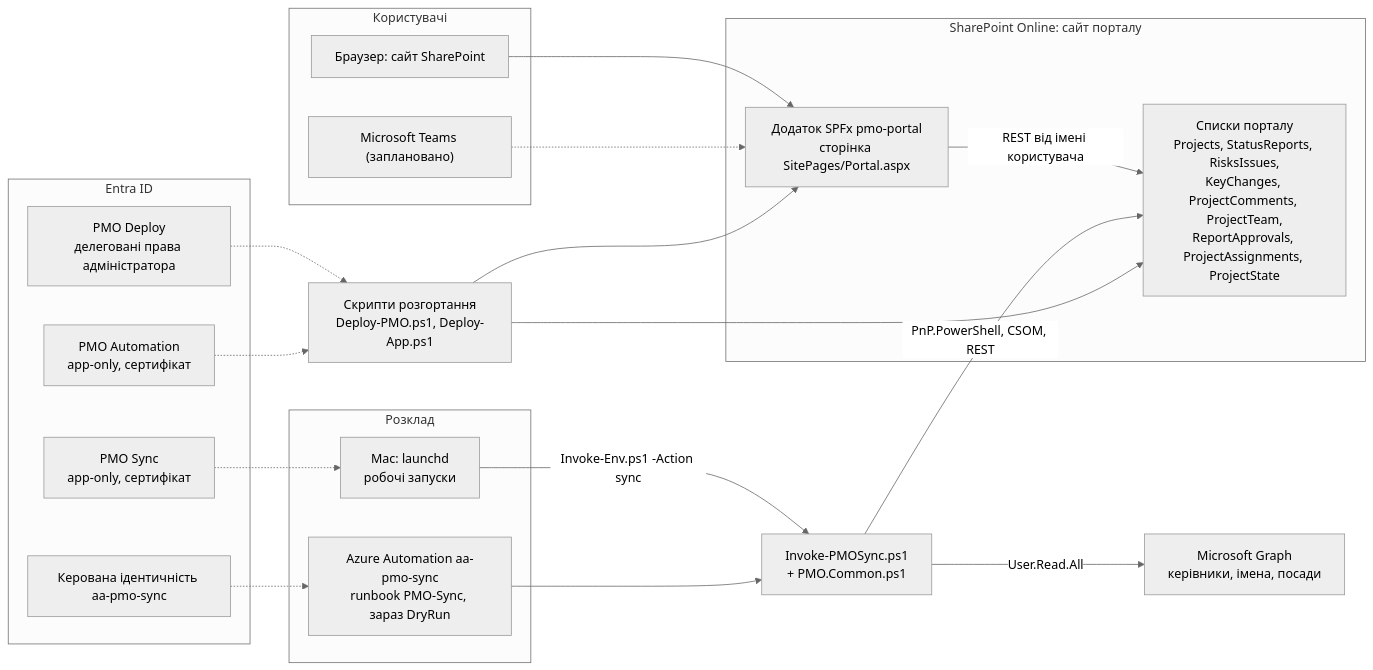
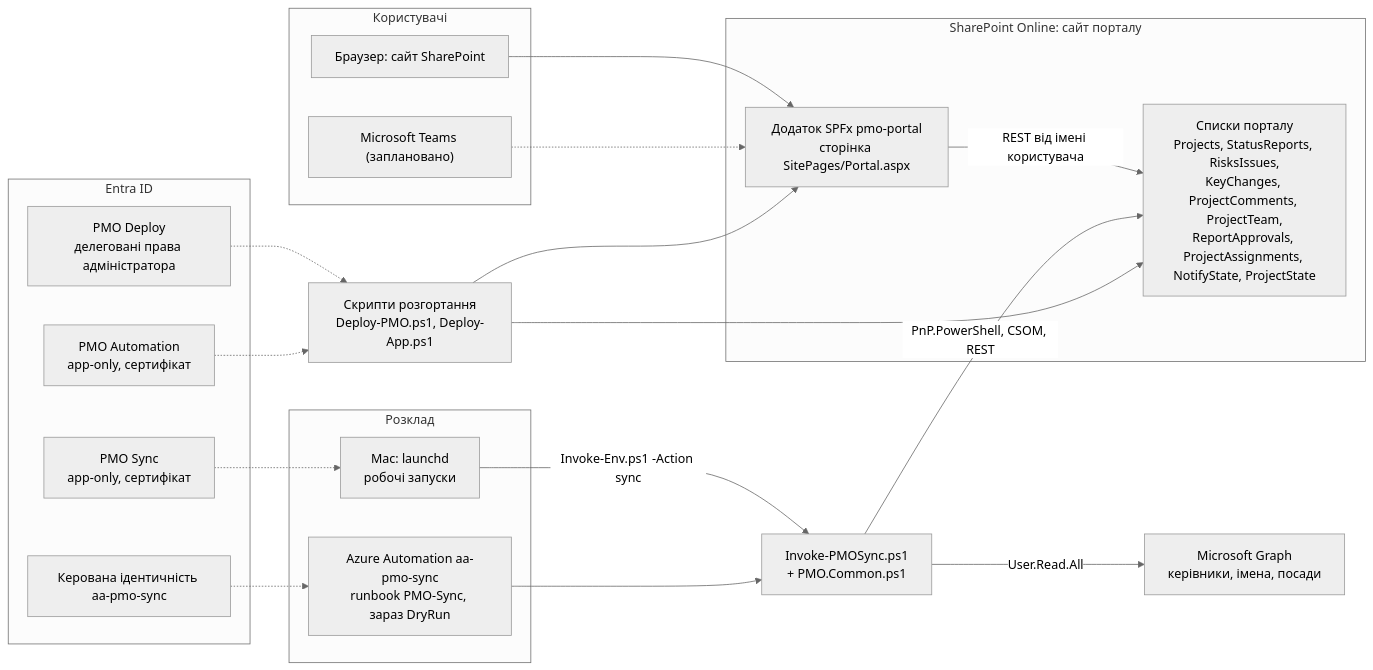
Before and after one commit to Acidsly/pmo-portal: the first of 15 diagrams in docs/ARCHITECTURE.md, drawn with Mermaid (neutral theme). The commit also changed other lines of this file and 33 other files, not shown here.

````diff
--- a/docs/ARCHITECTURE.md
+++ b/docs/ARCHITECTURE.md
@@ -32,38 +32,38 @@
 ```mermaid
 flowchart LR
     subgraph Users["Користувачі"]
         B["Браузер: сайт SharePoint"]
         TM["Microsoft Teams (заплановано)"]
     end
     subgraph SPO["SharePoint Online: сайт порталу"]
         APP["Додаток SPFx pmo-portal<br/>сторінка SitePages/Portal.aspx"]
-        L["Списки порталу<br/>Projects, StatusReports, RisksIssues,<br/>KeyChanges, ProjectComments, ProjectTeam,<br/>ReportApprovals, ProjectAssignments, ProjectState"]
+        L["Списки порталу<br/>Projects, StatusReports, RisksIssues,<br/>KeyChanges, ProjectComments, ProjectTeam,<br/>ReportApprovals, ProjectAssignments, NotifyState, ProjectState"]
     end
     subgraph Sched["Розклад"]
         MAC["Mac: launchd<br/>робочі запуски"]
         AA["Azure Automation aa-pmo-sync<br/>runbook PMO-Sync, зараз DryRun"]
     end
     SYNC["Invoke-PMOSync.ps1<br/>+ PMO.Common.ps1"]
     GRAPH["Microsoft Graph<br/>керівники, імена, посади"]
     subgraph Entra["Entra ID"]
         E1["PMO Deploy<br/>делеговані права адміністратора"]
         E2["PMO Automation<br/>app-only, сертифікат"]
         E3["PMO Sync<br/>app-only, сертифікат"]
         MI["Керована ідентичність aa-pmo-sync"]
     end
     DEP["Скрипти розгортання<br/>Deploy-PMO.ps1, Deploy-App.ps1"]
 
     B --> APP
     TM -.-> APP
     APP -- "REST від імені користувача" --> L
     MAC -- "Invoke-Env.ps1 -Action sync" --> SYNC
     AA --> SYNC
     SYNC -- "PnP.PowerShell, CSOM, REST" --> L
     SYNC -- "User.Read.All" --> GRAPH
     DEP --> L
     DEP --> APP
     E1 -.-> DEP
     E2 -.-> DEP
     E3 -.-> MAC
     MI -.-> AA
 ```
````
